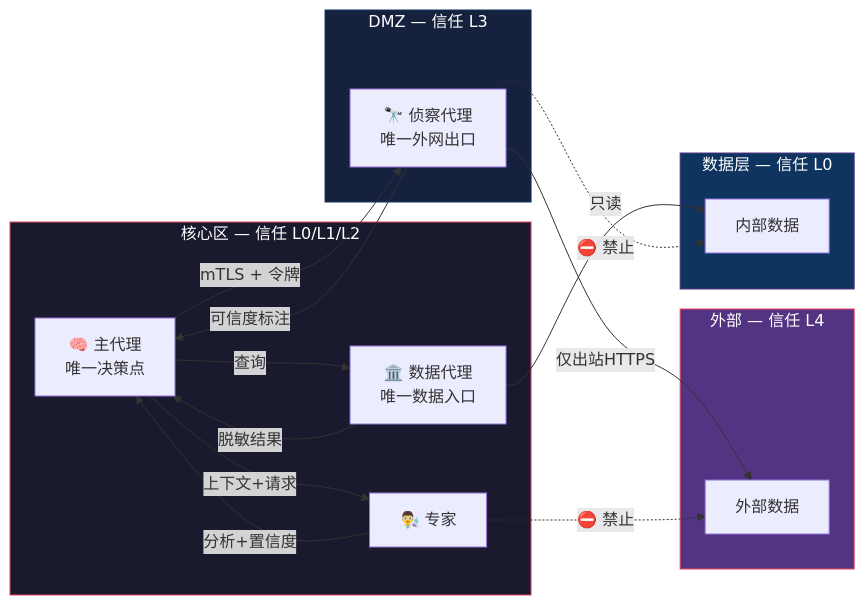
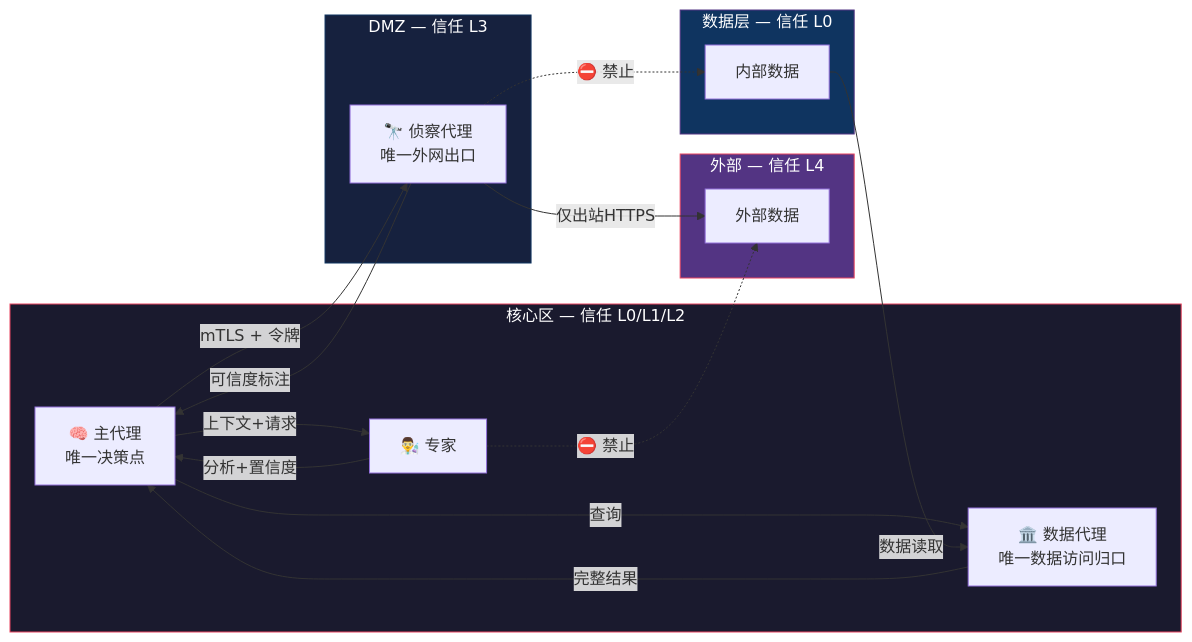
The second of 11 diagrams in docs/distributed-multi-agent-architecture.md (forestlei/hermes-agent), drawn with Mermaid before and after one commit. The commit also changed other lines of this file and 1 other file, not shown here.

````diff
--- a/docs/distributed-multi-agent-architecture.md
+++ b/docs/distributed-multi-agent-architecture.md
@@ -666,36 +669,36 @@
 ```mermaid
 graph LR
     subgraph CORE["核心区 — 信任 L0/L1/L2"]
         BRAIN["🧠 主代理<br/>唯一决策点"]
-        VAULT["🏛️ 数据代理<br/>唯一数据入口"]
+        VAULT["🏛️ 数据代理<br/>唯一数据访问归口"]
         EXPERT["👨‍🔬 专家"]
     end
 
     subgraph DMZ["DMZ — 信任 L3"]
         SCOUT["🔭 侦察代理<br/>唯一外网出口"]
     end
 
     subgraph EXT["外部 — 信任 L4"]
         EXT_DATA["外部数据"]
     end
 
     subgraph DATA["数据层 — 信任 L0"]
         INTERNAL["内部数据"]
     end
 
     BRAIN -->|"mTLS + 令牌"| SCOUT
     SCOUT -->|"可信度标注"| BRAIN
     BRAIN -->|"查询"| VAULT
-    VAULT -->|"脱敏结果"| BRAIN
+    VAULT -->|"完整结果"| BRAIN
     BRAIN -->|"上下文+请求"| EXPERT
     EXPERT -->|"分析+置信度"| BRAIN
     SCOUT -->|"仅出站HTTPS"| EXT_DATA
-    VAULT -->|"只读"| INTERNAL
+    INTERNAL -->|"数据读取"| VAULT
     SCOUT -.->|"⛔ 禁止"| INTERNAL
     EXPERT -.->|"⛔ 禁止"| EXT_DATA
 
     style CORE fill:#1a1a2e,stroke:#e94560,color:#fff
     style DMZ fill:#16213e,stroke:#0f3460,color:#fff
     style DATA fill:#0f3460,stroke:#533483,color:#fff
     style EXT fill:#533483,stroke:#e94560,color:#fff
 ```
````
